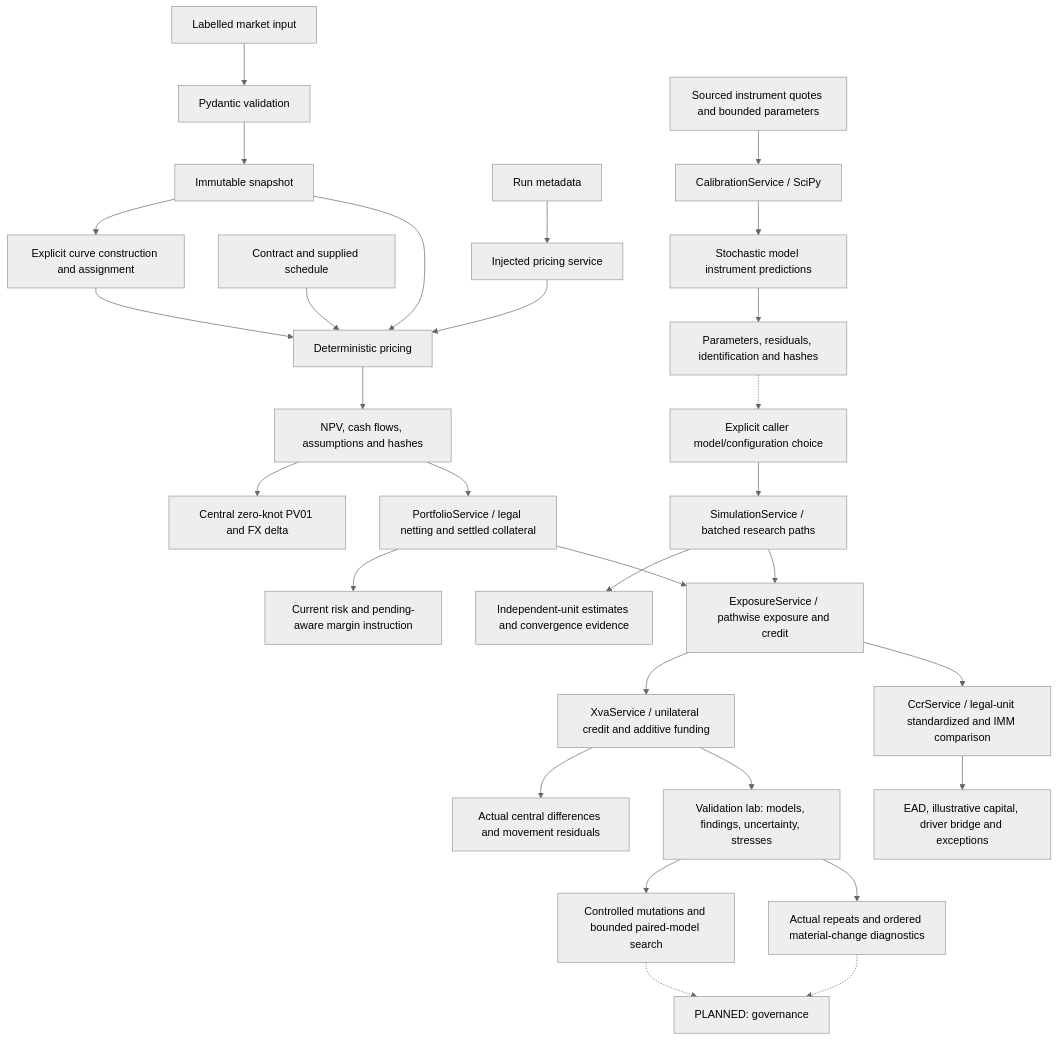
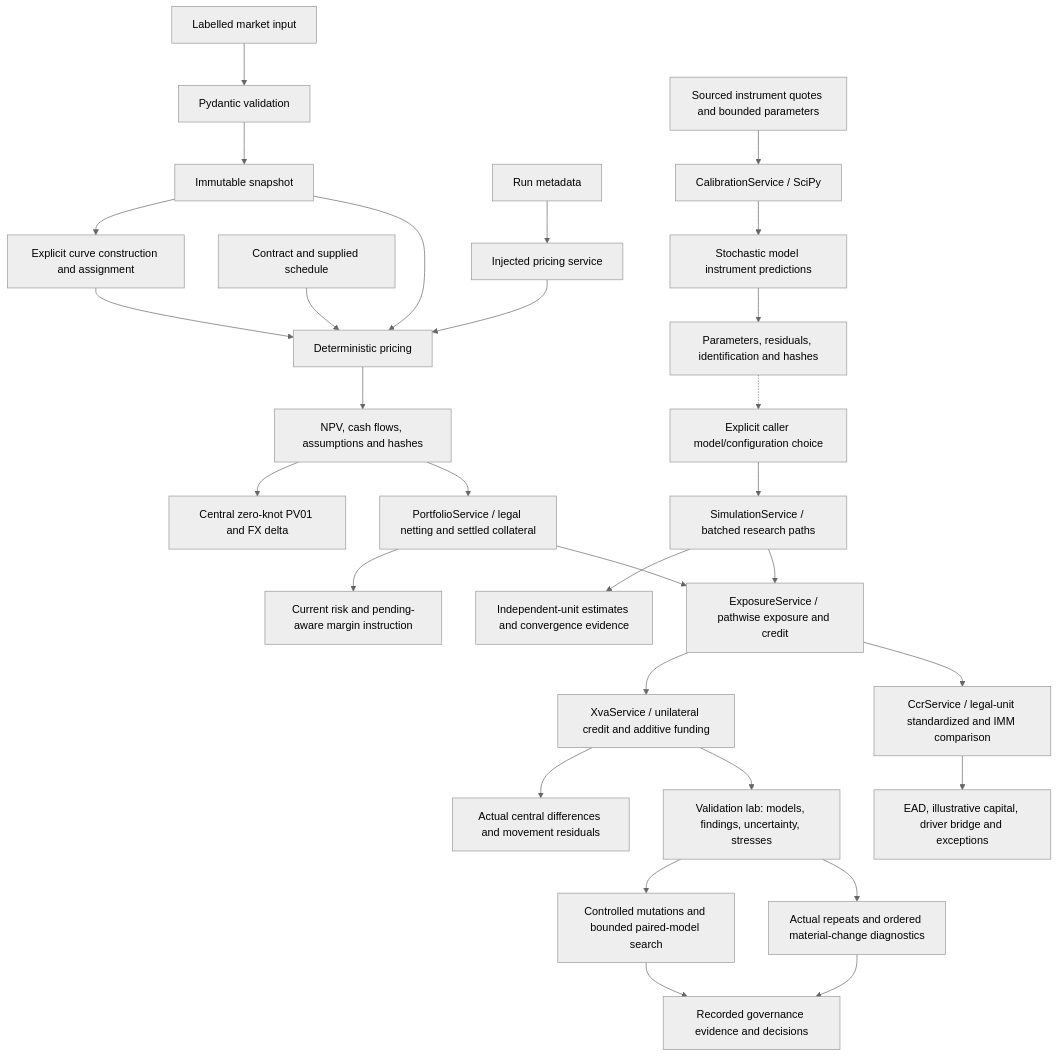
The diagram in docs/WORKFLOW.md (vaibhav7506/parallax-risk), drawn with Mermaid (neutral theme) before and after one commit. The commit also changed other lines of this file and 7 other files, not shown here.

Commit message:
docs: map governance architecture and workflows

````diff
--- a/docs/WORKFLOW.md
+++ b/docs/WORKFLOW.md
@@ -3,32 +3,32 @@
 ```mermaid
 flowchart TD
     JSON[Labelled market input] --> VALID[Pydantic validation]
     VALID --> SNAP[Immutable snapshot]
     SNAP --> CURVES[Explicit curve construction and assignment]
     CONTRACT[Contract and supplied schedule] --> PRICE[Deterministic pricing]
     SNAP --> PRICE
     CURVES --> PRICE
     RUN[Run metadata] --> SERVICE[Injected pricing service]
     SERVICE --> PRICE
     PRICE --> RESULT[NPV, cash flows, assumptions and hashes]
     RESULT --> RISK[Central zero-knot PV01 and FX delta]
     CALJSON[Sourced instrument quotes and bounded parameters] --> CAL[CalibrationService / SciPy]
     CAL --> MODELS[Stochastic model instrument predictions]
     MODELS --> FIT[Parameters, residuals, identification and hashes]
     FIT -.-> CONFIG[Explicit caller model/configuration choice]
     CONFIG --> MC[SimulationService / batched research paths]
     MC --> STATS[Independent-unit estimates and convergence evidence]
     RESULT --> BOOK[PortfolioService / legal netting and settled collateral]
     BOOK --> CURRENT[Current risk and pending-aware margin instruction]
     MC --> EXP[ExposureService / pathwise exposure and credit]
     BOOK --> EXP
     EXP --> XVA[XvaService / unilateral credit and additive funding]
     XVA --> XRISK[Actual central differences and movement residuals]
     EXP --> CCR[CcrService / legal-unit standardized and IMM comparison]
     CCR --> COMP[EAD, illustrative capital, driver bridge and exceptions]
     XVA --> LAB[Validation lab: models, findings, uncertainty, stresses]
     LAB --> ADV[Controlled mutations and bounded paired-model search]
     LAB --> FORENSICS[Actual repeats and ordered material-change diagnostics]
-    ADV -.-> GOV[PLANNED: governance]
-    FORENSICS -.-> GOV
+    ADV --> GOV[Recorded governance evidence and decisions]
+    FORENSICS --> GOV
 ```
````
